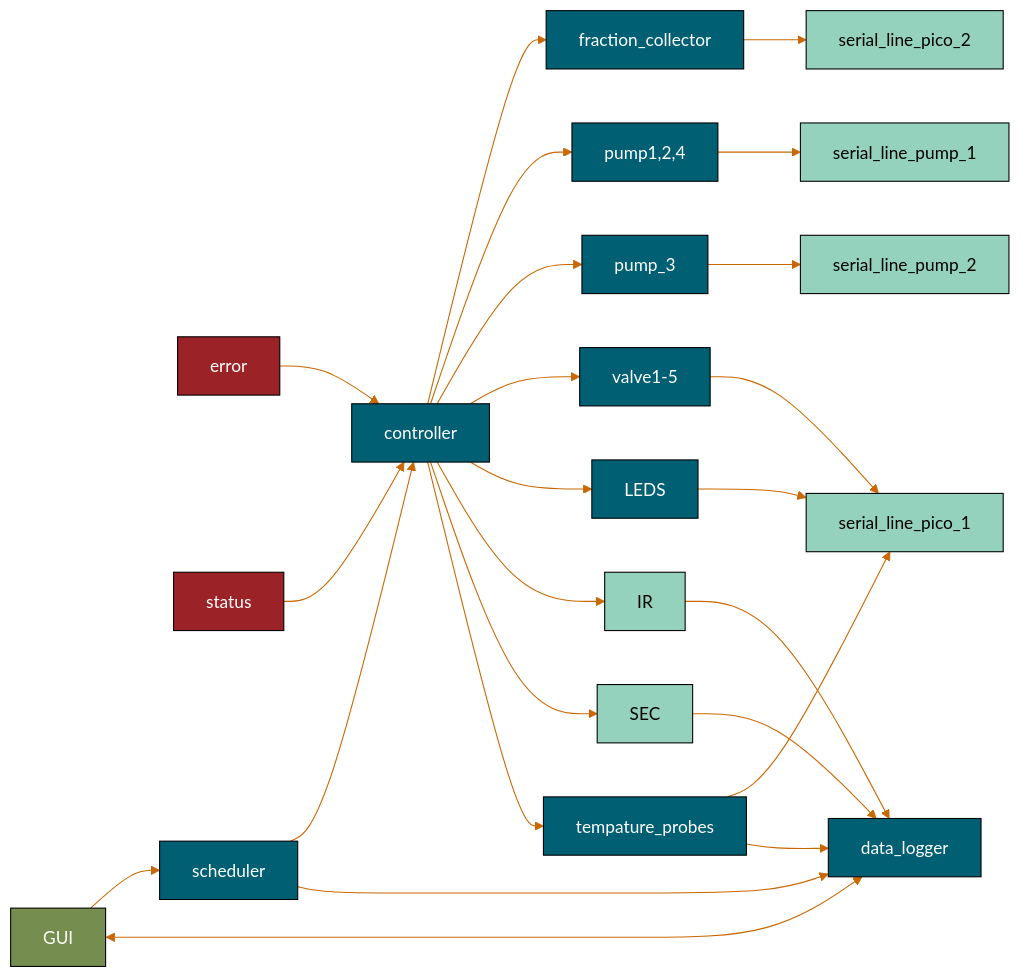
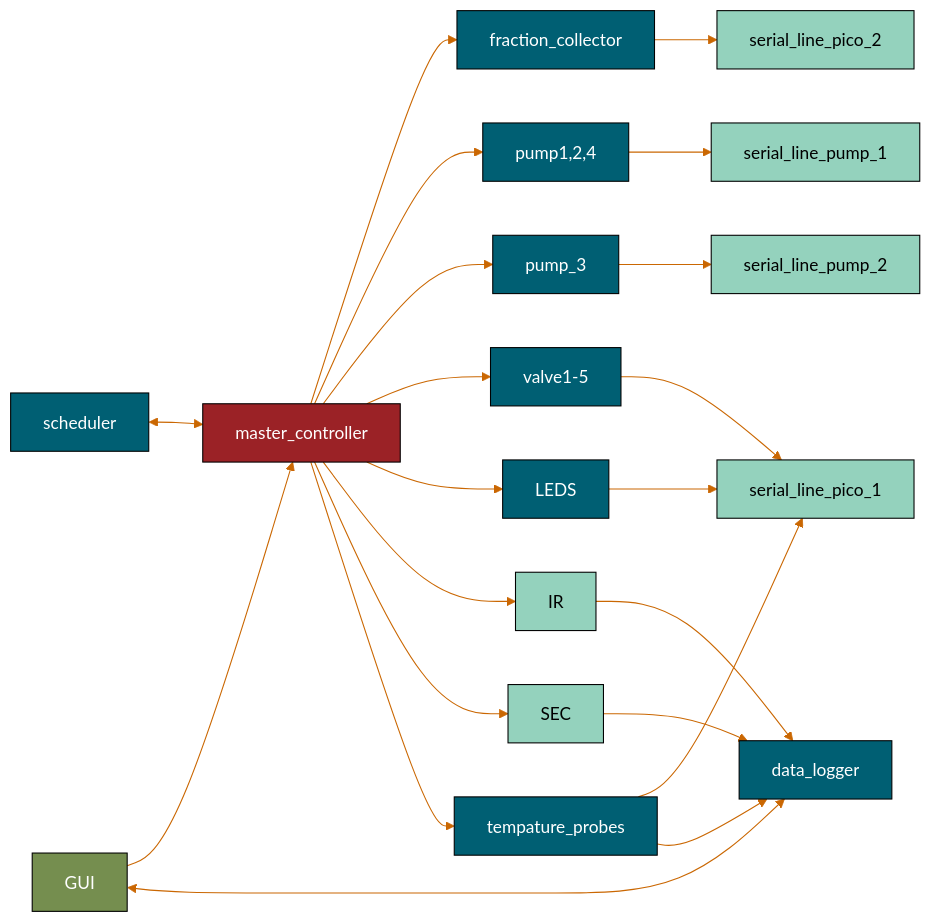
One commit to dylanwal/ChemBot changed the second of 3 diagrams in runs/simple_setup/README.md. Above: the diagram before and after it, drawn with Mermaid. The commit also changed other lines of this file and 11 other files, not shown here.

````diff
--- a/runs/simple_setup/README.md
+++ b/runs/simple_setup/README.md
@@ -116,65 +116,59 @@
 ```mermaid
 %%{
     init: {
     'theme':'base',
     'themeVariables': {
         'background': '#404e4d',
         'fontFamily': 'arial',
         'primaryColor': '#005f73',
         'primaryTextColor': '#ffffff',
         'primaryBorderColor': '#000000',
         'lineColor': '#ca6702',
         'tertiaryColor': '#fdf0d5',
         'tertiaryTextColor': '#000000'
     }
     }
 }%%
 flowchart LR
 
-    error:::error
-    status:::error
-    controller
+
+    master_controller:::error
     pump1,2,4
     pump_3
     valve1-5
     serial_line_pump_1:::output
     serial_line_pump_2:::output
     serial_line_pico_1:::output
     serial_line_pico_2:::output
     LEDS
     IR:::output
     SEC:::output
     fraction_collector
-     
-    controller
     GUI:::GUI
     
-    scheduler --> controller
+    scheduler <--> master_controller
     
-    controller --> fraction_collector
+    master_controller --> fraction_collector
     fraction_collector --> serial_line_pico_2
-    controller --> pump1,2,4 --> serial_line_pump_1
-    controller --> pump_3 --> serial_line_pump_2
-    controller --> valve1-5 --> serial_line_pico_1
-    controller --> LEDS --> serial_line_pico_1
-    controller --> IR
-    controller --> SEC
+    master_controller --> pump1,2,4 --> serial_line_pump_1
+    master_controller --> pump_3 --> serial_line_pump_2
+    master_controller --> valve1-5 --> serial_line_pico_1
+    master_controller --> LEDS --> serial_line_pico_1
+    master_controller --> IR
+    master_controller --> SEC
     
-    status --> controller
-    error --> controller
-    GUI --> scheduler
+    GUI --> master_controller
     GUI <--> data_logger
     
-    scheduler --> data_logger
-    controller --> tempature_probes
+    master_controller --> tempature_probes
     tempature_probes --> serial_line_pico_1
     tempature_probes --> data_logger 
     IR --> data_logger
     SEC --> data_logger
 
 
     classDef chem fill:#758E4F
     classDef GUI fill:#758E4F
     classDef error fill:#9b2226
     classDef output fill:#94d2bd,color:#000000
 ```
````
